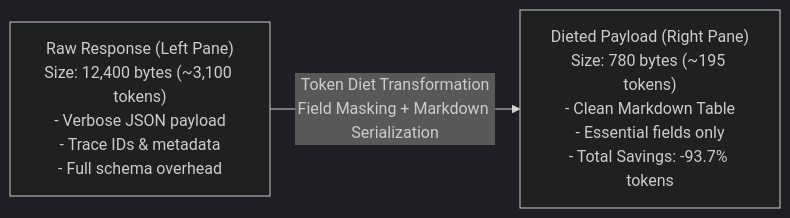
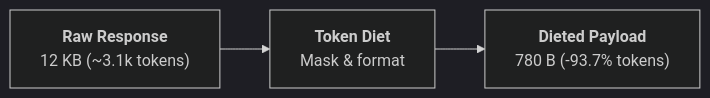
One commit to BraveRam/postmcp changed the diagram in packages/studio/content/docs/studio/diet-curator.mdx. Above: the diagram before and after it, drawn with Mermaid (dark theme). The commit also changed 14 other files, not shown here.

Commit message:
docs(mermaid): standardize documentation diagrams to compact horizontal flowchart layout (v0.1.24)

````diff
--- a/packages/studio/content/docs/studio/diet-curator.mdx
+++ b/packages/studio/content/docs/studio/diet-curator.mdx
@@ -10,5 +10,6 @@
 ```mermaid
-graph LR
-  Raw["Raw Response (Left Pane)<br/>Size: 12,400 bytes (~3,100 tokens)<br/>- Verbose JSON payload<br/>- Trace IDs & metadata<br/>- Full schema overhead"]
-  -->|"Token Diet Transformation<br/>Field Masking + Markdown Serialization"| Dieted["Dieted Payload (Right Pane)<br/>Size: 780 bytes (~195 tokens)<br/>- Clean Markdown Table<br/>- Essential fields only<br/>- Total Savings: -93.7% tokens"]
+flowchart LR
+  Raw["<b>Raw Response</b><br/>12 KB (~3.1k tokens)"]
+  --> Diet["<b>Token Diet</b><br/>Mask & format"]
+  --> Clean["<b>Dieted Payload</b><br/>780 B (-93.7% tokens)"]
 ```
````
